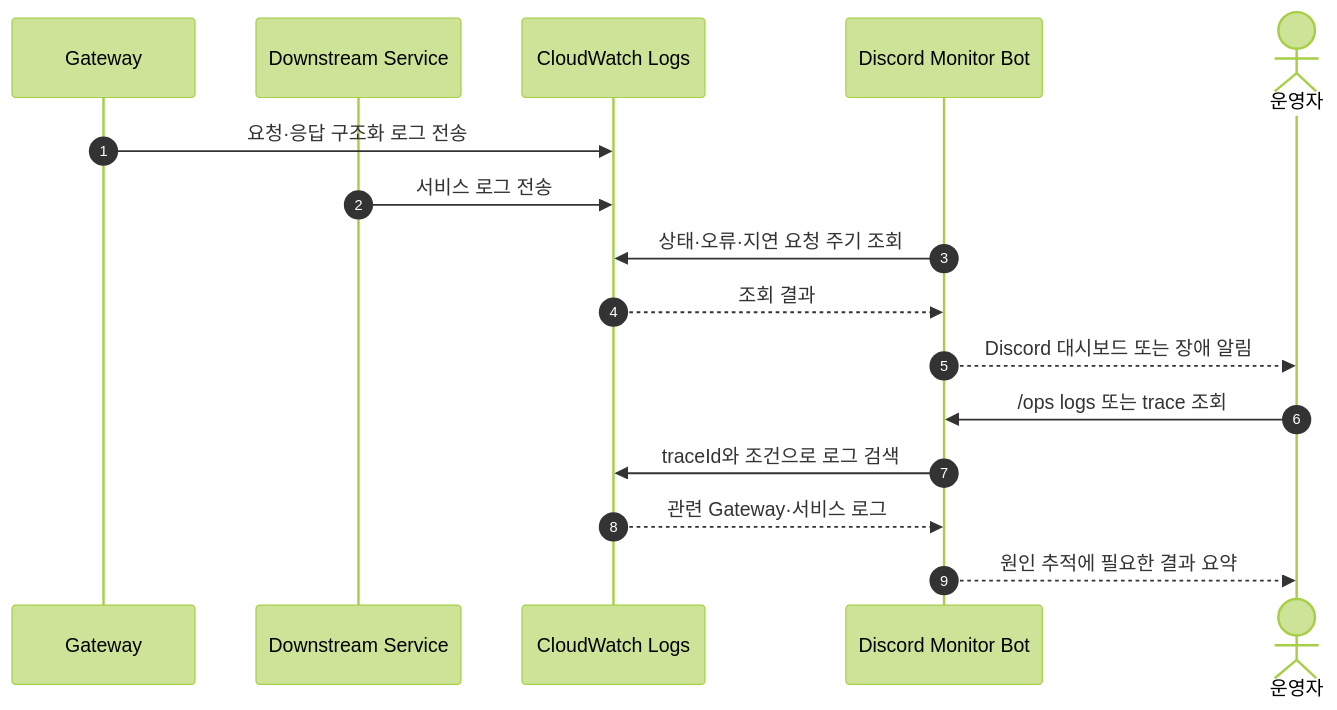
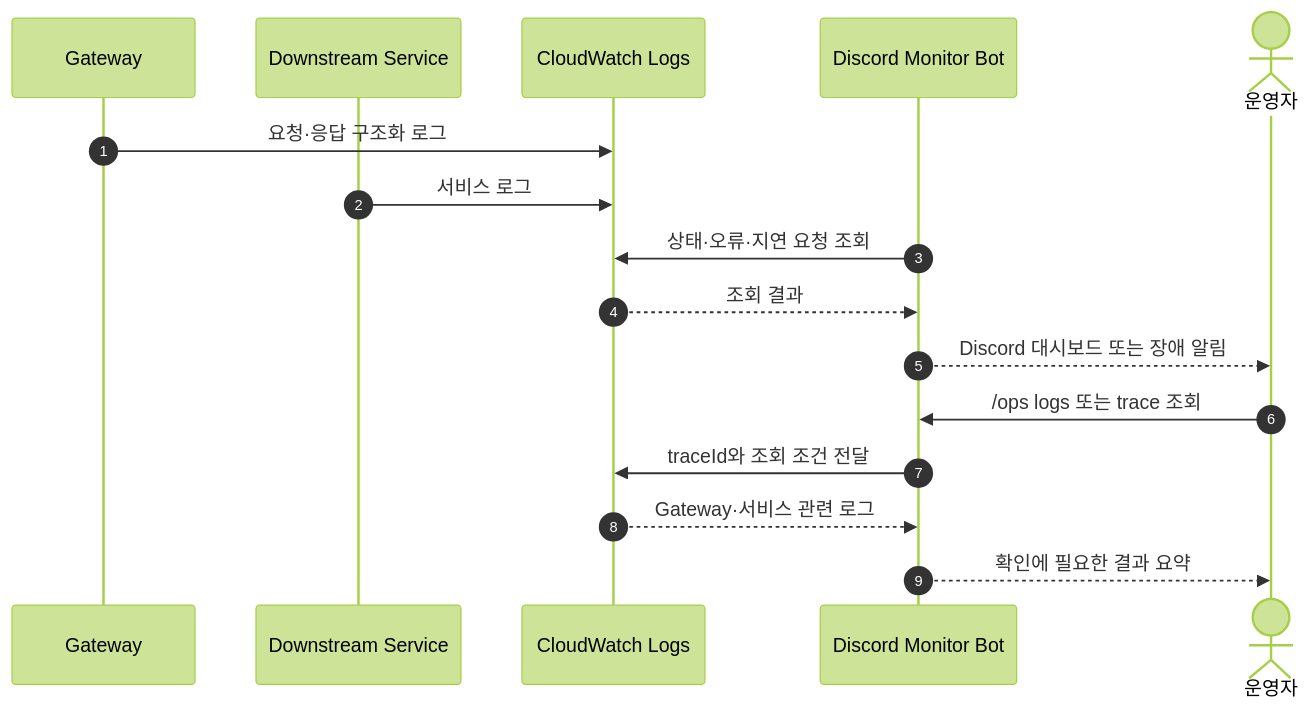
One commit to Team-AnI/A-AND-I-GATEWAY-SERVER changed the second of 2 diagrams in README.md. Above: the diagram before and after it, drawn with Mermaid (forest theme). The commit also changed other lines of this file and 5 other files, not shown here.

First line of the commit message:
docs(readme): finalize gateway architecture and performance assets

````diff
--- a/README.md
+++ b/README.md
@@ -61,20 +58,20 @@
 ```mermaid
 sequenceDiagram
     autonumber
-    participant Gateway as Gateway
+    participant Gateway
     participant Service as Downstream Service
     participant Logs as CloudWatch Logs
     participant Bot as Discord Monitor Bot
     actor Operator as 운영자
 
-    Gateway->>Logs: 요청·응답 구조화 로그 전송
-    Service->>Logs: 서비스 로그 전송
-    Bot->>Logs: 상태·오류·지연 요청 주기 조회
+    Gateway->>Logs: 요청·응답 구조화 로그
+    Service->>Logs: 서비스 로그
+    Bot->>Logs: 상태·오류·지연 요청 조회
     Logs-->>Bot: 조회 결과
     Bot-->>Operator: Discord 대시보드 또는 장애 알림
 
     Operator->>Bot: /ops logs 또는 trace 조회
-    Bot->>Logs: traceId와 조건으로 로그 검색
-    Logs-->>Bot: 관련 Gateway·서비스 로그
-    Bot-->>Operator: 원인 추적에 필요한 결과 요약
+    Bot->>Logs: traceId와 조회 조건 전달
+    Logs-->>Bot: Gateway·서비스 관련 로그
+    Bot-->>Operator: 확인에 필요한 결과 요약
 ```
````
